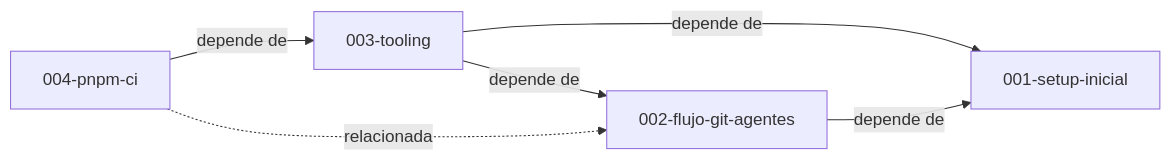
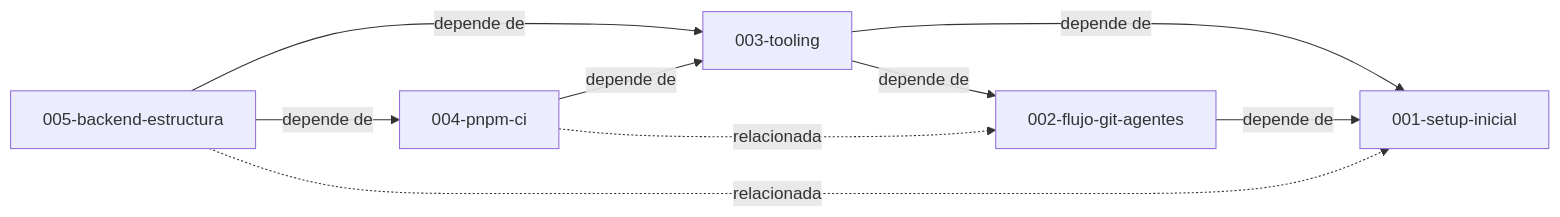
The diagram in docs/specs/README.md (DavidSlva/financial-risk-manager), drawn with Mermaid before and after one commit. The commit also changed other lines of this file and 20 other files, not shown here.

Commit message:
feat(005): estructura del backend con Express y spec 005

````diff
--- a/docs/specs/README.md
+++ b/docs/specs/README.md
@@ -16,12 +17,16 @@
 ```mermaid
 graph LR
   S001[001-setup-inicial]
   S002[002-flujo-git-agentes]
   S003[003-tooling]
   S004[004-pnpm-ci]
+  S005[005-backend-estructura]
   S002 -->|depende de| S001
   S003 -->|depende de| S001
   S003 -->|depende de| S002
   S004 -->|depende de| S003
   S004 -.->|relacionada| S002
+  S005 -->|depende de| S003
+  S005 -->|depende de| S004
+  S005 -.->|relacionada| S001
 ```
````
